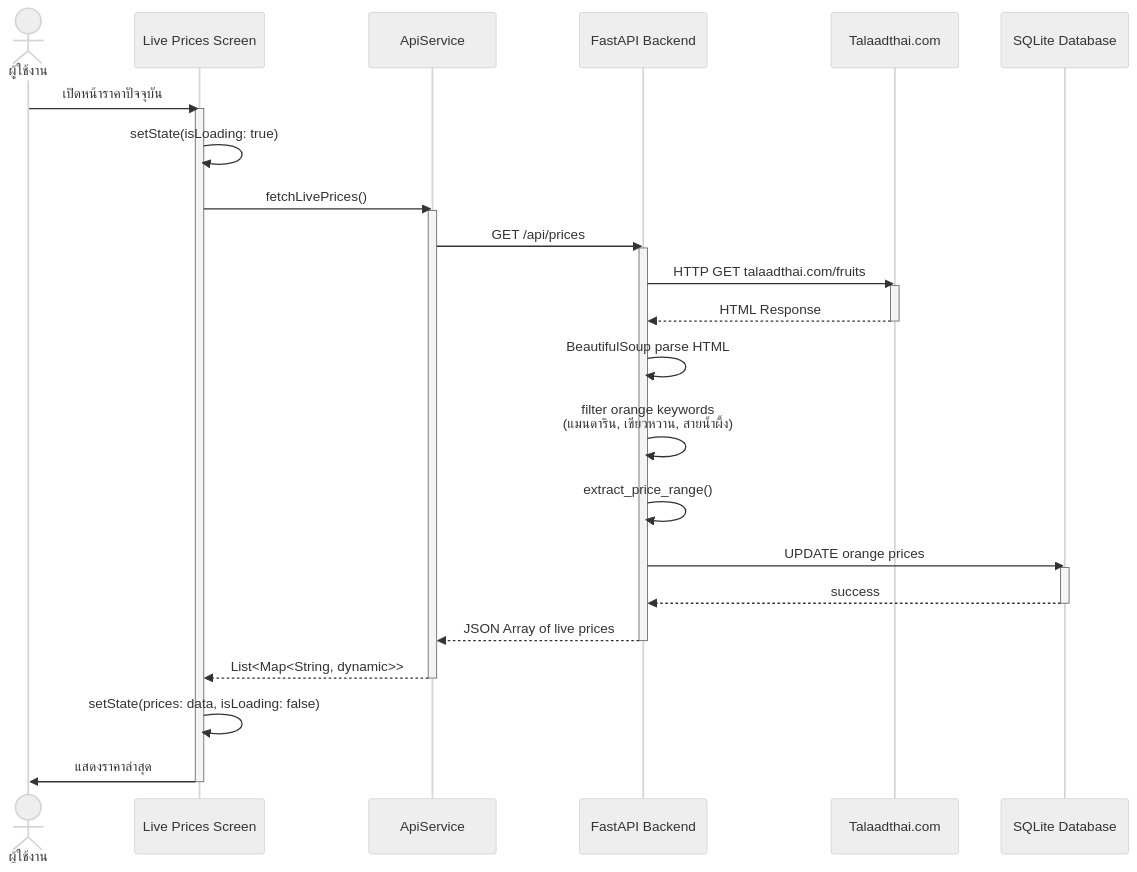
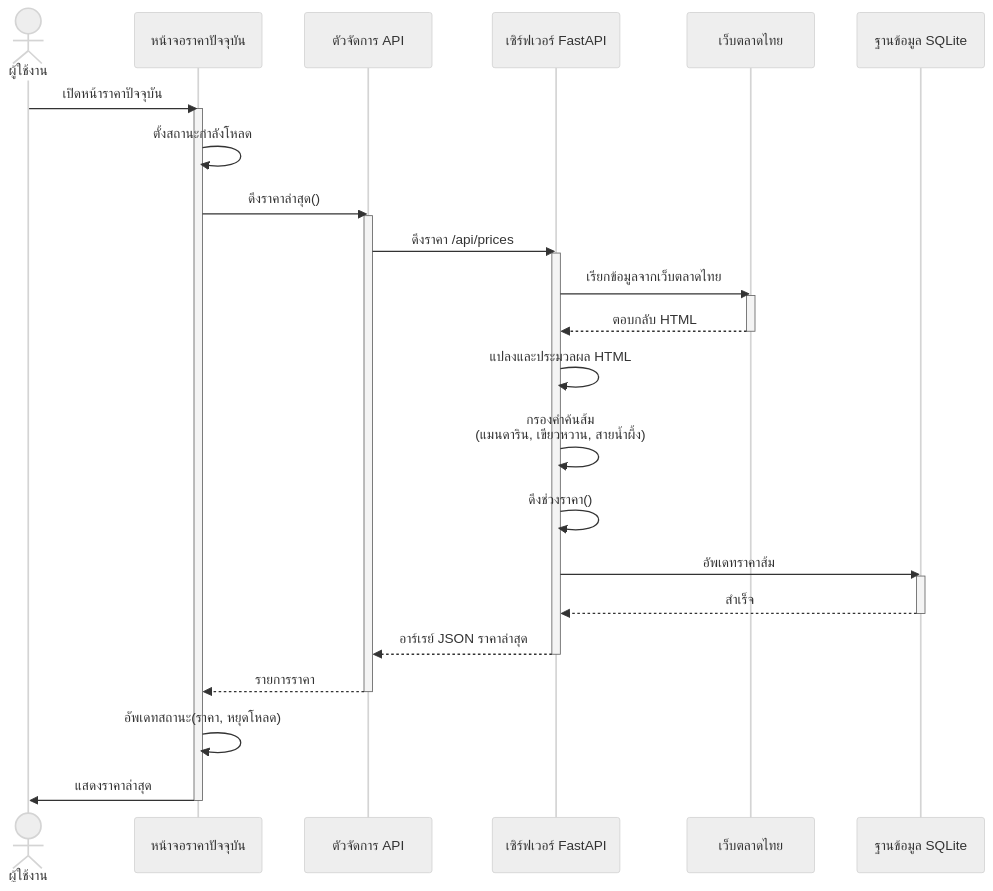
The third of 5 diagrams in docs/sequence-diagram.md (MyFirstKiss/Flutter-app-for-orange-price-calculation), drawn with Mermaid (neutral theme) before and after one commit. The commit also changed other lines of this file, not shown here.

Commit message:
แปล sequence diagrams เปนภาษาไทยทงหมด (participants, steps, และ key points)

````diff
--- a/docs/sequence-diagram.md
+++ b/docs/sequence-diagram.md
@@ -86,43 +86,43 @@
 ```mermaid
 sequenceDiagram
     actor User as ผู้ใช้งาน
-    participant UI as Live Prices Screen
-    participant API as ApiService
-    participant Backend as FastAPI Backend
-    participant Web as Talaadthai.com
-    participant DB as SQLite Database
+    participant UI as หน้าจอราคาปัจจุบัน
+    participant API as ตัวจัดการ API
+    participant Backend as เซิร์ฟเวอร์ FastAPI
+    participant Web as เว็บตลาดไทย
+    participant DB as ฐานข้อมูล SQLite
     
     User->>UI: เปิดหน้าราคาปัจจุบัน
     
     activate UI
-    UI->>UI: setState(isLoading: true)
-    UI->>API: fetchLivePrices()
+    UI->>UI: ตั้งสถานะกำลังโหลด
+    UI->>API: ดึงราคาล่าสุด()
     
     activate API
-    API->>Backend: GET /api/prices
+    API->>Backend: ดึงราคา /api/prices
     
     activate Backend
-    Backend->>Web: HTTP GET talaadthai.com/fruits
+    Backend->>Web: เรียกข้อมูลจากเว็บตลาดไทย
     activate Web
-    Web-->>Backend: HTML Response
+    Web-->>Backend: ตอบกลับ HTML
     deactivate Web
     
-    Backend->>Backend: BeautifulSoup parse HTML
-    Backend->>Backend: filter orange keywords<br/>(แมนดาริน, เขียวหวาน, สายน้ำผึ้ง)
-    Backend->>Backend: extract_price_range()
+    Backend->>Backend: แปลงและประมวลผล HTML
+    Backend->>Backend: กรองคำค้นส้ม<br/>(แมนดาริน, เขียวหวาน, สายน้ำผึ้ง)
+    Backend->>Backend: ดึงช่วงราคา()
     
-    Backend->>DB: UPDATE orange prices
+    Backend->>DB: อัพเดทราคาส้ม
     activate DB
-    DB-->>Backend: success
+    DB-->>Backend: สำเร็จ
     deactivate DB
     
-    Backend-->>API: JSON Array of live prices
+    Backend-->>API: อาร์เรย์ JSON ราคาล่าสุด
     deactivate Backend
     
-    API-->>UI: List<Map<String, dynamic>>
+    API-->>UI: รายการราคา
     deactivate API
     
-    UI->>UI: setState(prices: data, isLoading: false)
+    UI->>UI: อัพเดทสถานะ(ราคา, หยุดโหลด)
     UI->>User: แสดงราคาล่าสุด
     deactivate UI
 ```
````
